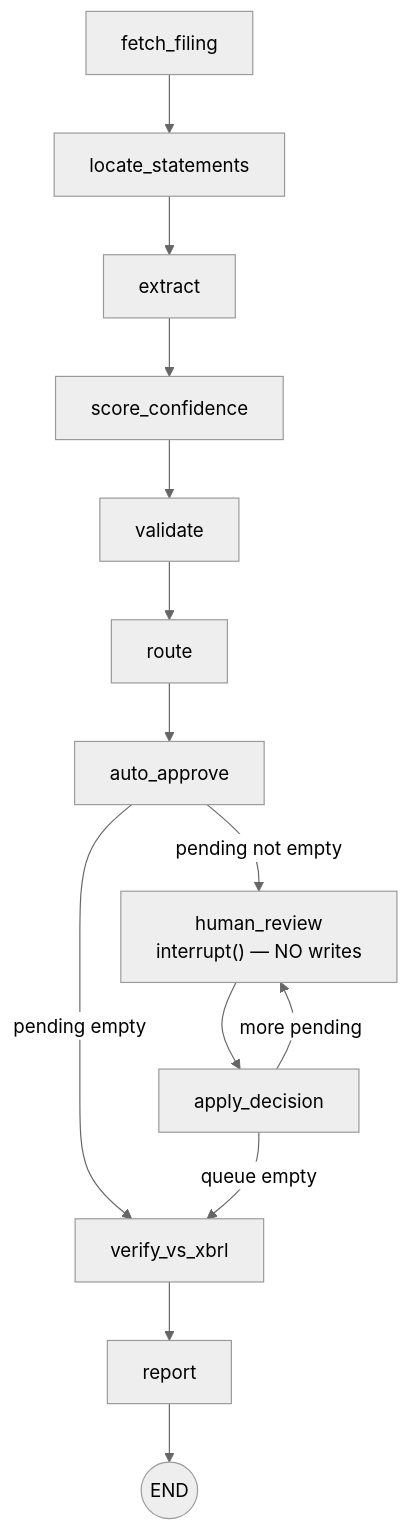
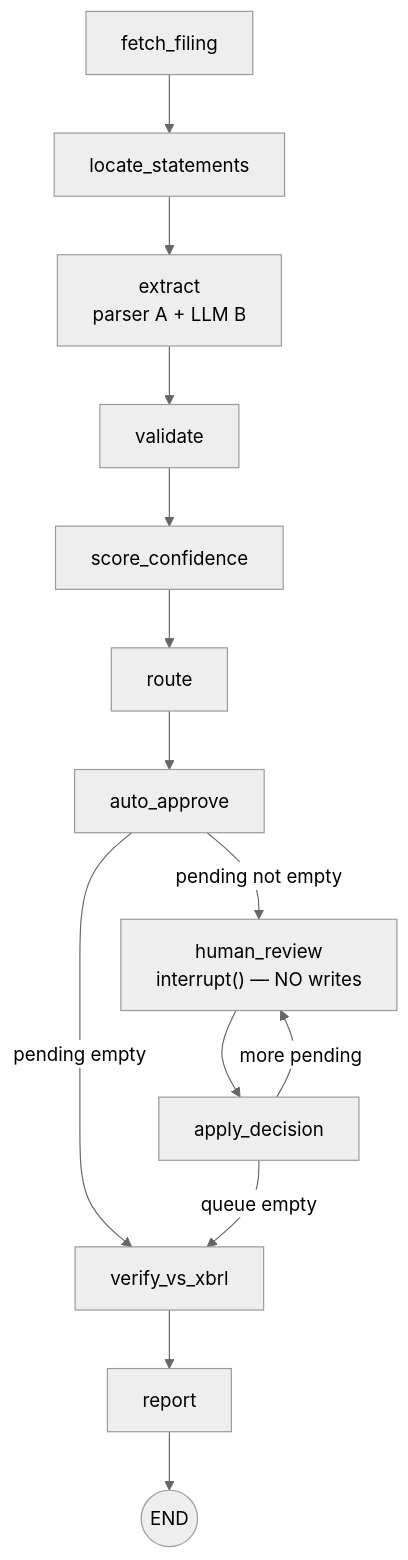
One commit to Srujanmirji/MINEARENA changed the second of 3 diagrams in docs/ARCHITECTURE.md. Above: the diagram before and after it, drawn with Mermaid (neutral theme). The commit also changed other lines of this file and 11 other files, not shown here.

First line of the commit message:
docs: merge Zeeshan's plan — extract from 10-K document, two extractors, new confidence formula

````diff
--- a/docs/ARCHITECTURE.md
+++ b/docs/ARCHITECTURE.md
@@ -42,16 +45,16 @@
 ```mermaid
 flowchart TD
     A[fetch_filing] --> B[locate_statements]
-    B --> C[extract]
-    C --> D[score_confidence]
-    D --> E[validate]
+    B --> C["extract<br/>parser A + LLM B"]
+    C --> D[validate]
+    D --> E[score_confidence]
     E --> F[route]
     F --> G[auto_approve]
     G -->|pending empty| J[verify_vs_xbrl]
     G -->|pending not empty| H["human_review<br/>interrupt() — NO writes"]
     H --> I[apply_decision]
     I -->|more pending| H
     I -->|queue empty| J
     J --> K[report]
     K --> Z((END))
 ```
````
